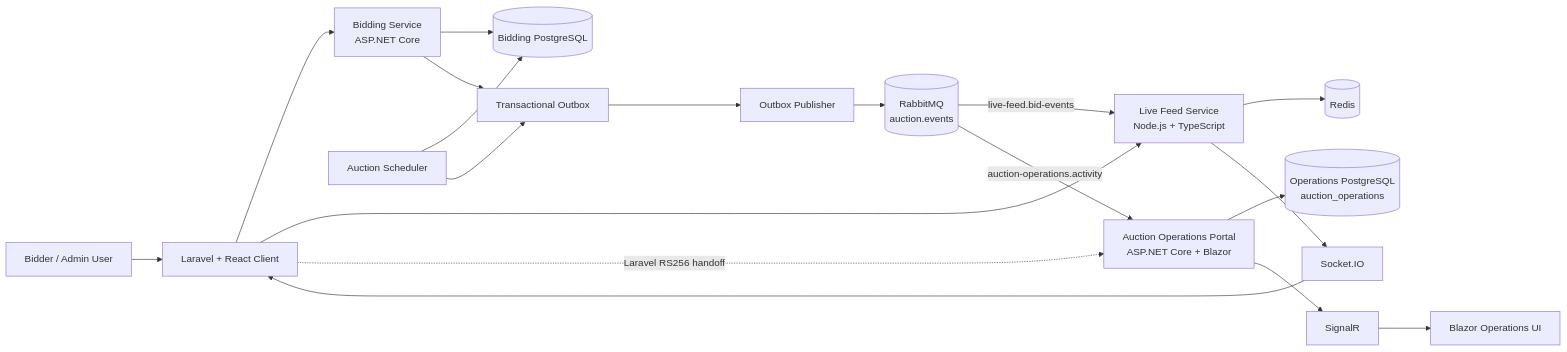
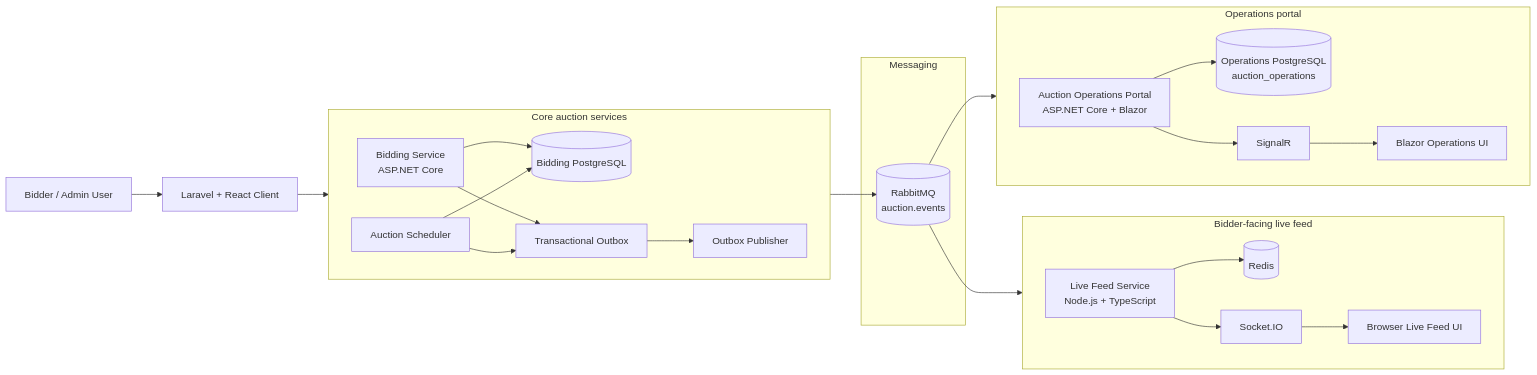
Before and after one commit to pancakebaker/distributed-bidding-auction-platform: the first of 4 diagrams in README.md, drawn with Mermaid. The commit also changed other lines of this file and 1 other file, not shown here.

Commit message:
Improve architecture diagrams

````diff
--- a/README.md
+++ b/README.md
@@ -13,27 +13,47 @@
 ```mermaid
 flowchart LR
     U[Bidder / Admin User] --> C[Laravel + React Client]
 
-    C --> B[Bidding Service<br/>ASP.NET Core]
-    C --> L[Live Feed Service<br/>Node.js + TypeScript]
-    C -. Laravel RS256 handoff .-> AOP
+    subgraph Core[Core auction services]
+        direction LR
+        B[Bidding Service<br/>ASP.NET Core]
+        S[Auction Scheduler]
+        PG1[(Bidding PostgreSQL)]
+        O[Transactional Outbox]
+        P[Outbox Publisher]
+        B --> PG1
+        B --> O
+        S --> PG1
+        S --> O
+        O --> P
+    end
 
-    B --> PG1[(Bidding PostgreSQL)]
-    B --> O[Transactional Outbox]
-    O --> P[Outbox Publisher]
-    P --> RMQ[(RabbitMQ<br/>auction.events)]
+    subgraph Messaging[Messaging]
+        RMQ[(RabbitMQ<br/>auction.events)]
+    end
 
-    RMQ -->|live-feed.bid-events| L
-    RMQ -->|auction-operations.activity| AOP[Auction Operations Portal<br/>ASP.NET Core + Blazor]
+    subgraph LiveFeed[Bidder-facing live feed]
+        direction LR
+        LF[Live Feed Service<br/>Node.js + TypeScript]
+        R[(Redis)]
+        SIO[Socket.IO]
+        UI1[Browser Live Feed UI]
+        LF --> R
+        LF --> SIO --> UI1
+    end
 
-    L --> R[(Redis)]
-    L --> SIO[Socket.IO]
-    SIO --> C
+    subgraph Operations[Operations portal]
+        direction LR
+        AOP[Auction Operations Portal<br/>ASP.NET Core + Blazor]
+        PG2[(Operations PostgreSQL<br/>auction_operations)]
+        SIG[SignalR]
+        UI2[Blazor Operations UI]
+        AOP --> PG2
+        AOP --> SIG --> UI2
+    end
 
-    AOP --> PG2[(Operations PostgreSQL<br/>auction_operations)]
-    AOP --> SIG[SignalR]
-    SIG --> BO[Blazor Operations UI]
-
-    SCH[Auction Scheduler] --> PG1
-    SCH --> O
+    C --> B
+    P --> RMQ
+    RMQ --> LF
+    RMQ --> AOP
 ```
````
